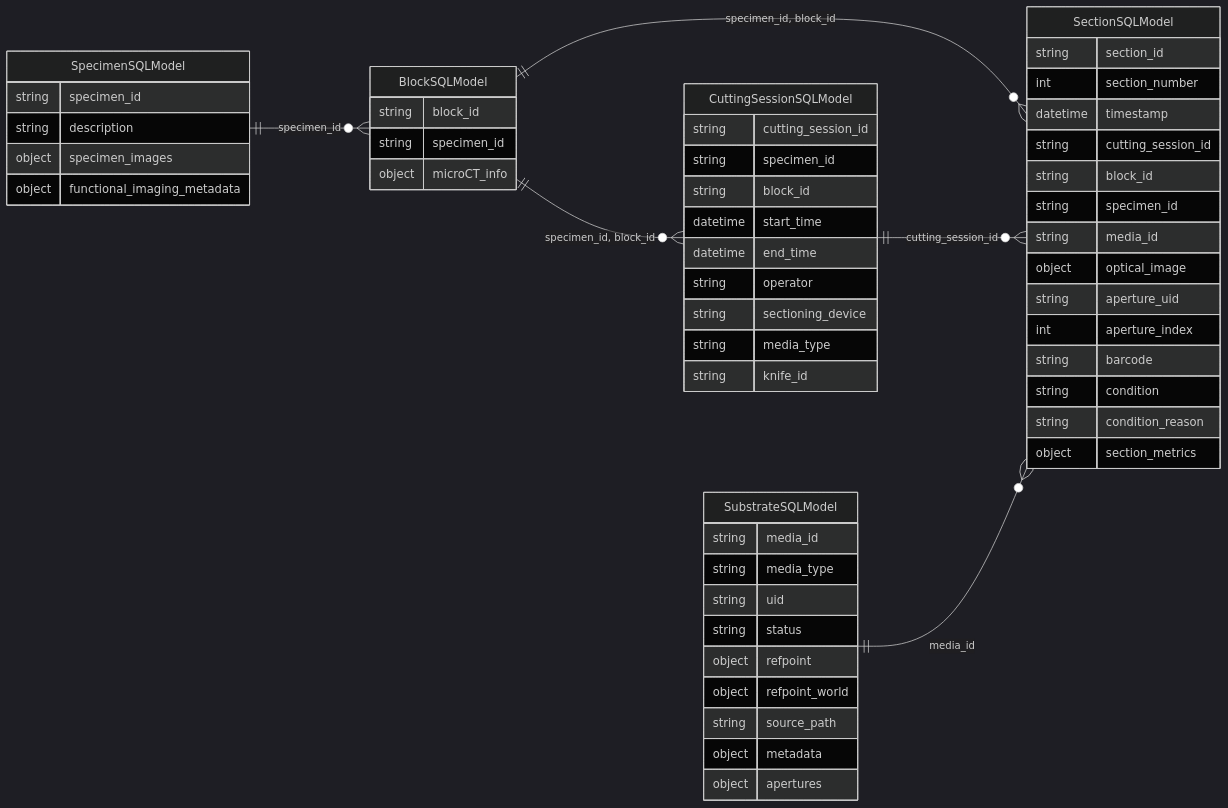
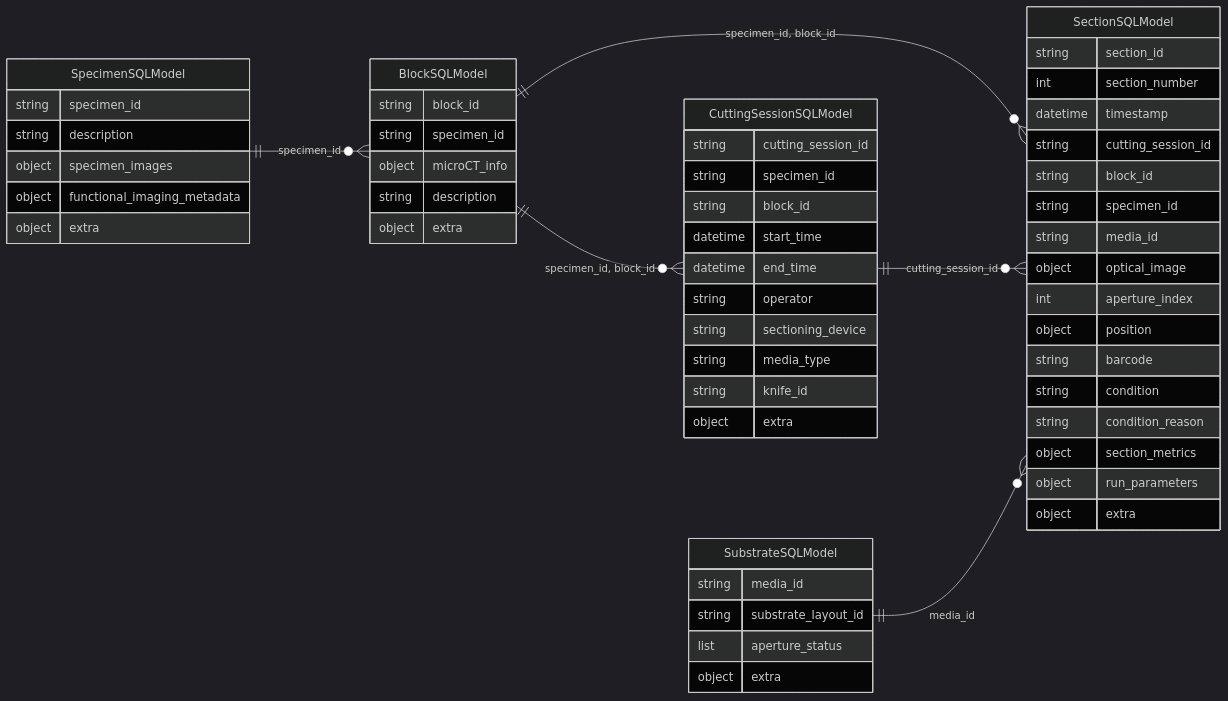
One commit to TilEM-project/TEMdb changed the diagram in docs/schema_Preparation_erd.md. Above: the diagram before and after it, drawn with Mermaid (dark theme). The commit also changed 27 other files, not shown here.

````diff
--- a/docs/schema_Preparation_erd.md
+++ b/docs/schema_Preparation_erd.md
@@ -3,58 +3,59 @@
 ```mermaid
 erDiagram
     direction LR
     BlockSQLModel ||--o{ CuttingSessionSQLModel : "specimen_id, block_id"
     BlockSQLModel ||--o{ SectionSQLModel : "specimen_id, block_id"
     CuttingSessionSQLModel ||--o{ SectionSQLModel : "cutting_session_id"
     SpecimenSQLModel ||--o{ BlockSQLModel : "specimen_id"
     SubstrateSQLModel ||--o{ SectionSQLModel : "media_id"
     BlockSQLModel {
         string block_id
         string specimen_id
         object microCT_info
+        string description
+        object extra
     }
     CuttingSessionSQLModel {
         string cutting_session_id
         string specimen_id
         string block_id
         datetime start_time
         datetime end_time
         string operator
         string sectioning_device
         string media_type
         string knife_id
+        object extra
     }
     SectionSQLModel {
         string section_id
         int section_number
         datetime timestamp
         string cutting_session_id
         string block_id
         string specimen_id
         string media_id
         object optical_image
-        string aperture_uid
         int aperture_index
+        object position
         string barcode
         string condition
         string condition_reason
         object section_metrics
+        object run_parameters
+        object extra
     }
     SpecimenSQLModel {
         string specimen_id
         string description
         object specimen_images
         object functional_imaging_metadata
+        object extra
     }
     SubstrateSQLModel {
         string media_id
-        string media_type
-        string uid
-        string status
-        object refpoint
-        object refpoint_world
-        string source_path
-        object metadata
-        object apertures
+        string substrate_layout_id
+        list aperture_status
+        object extra
     }
 ```
````
